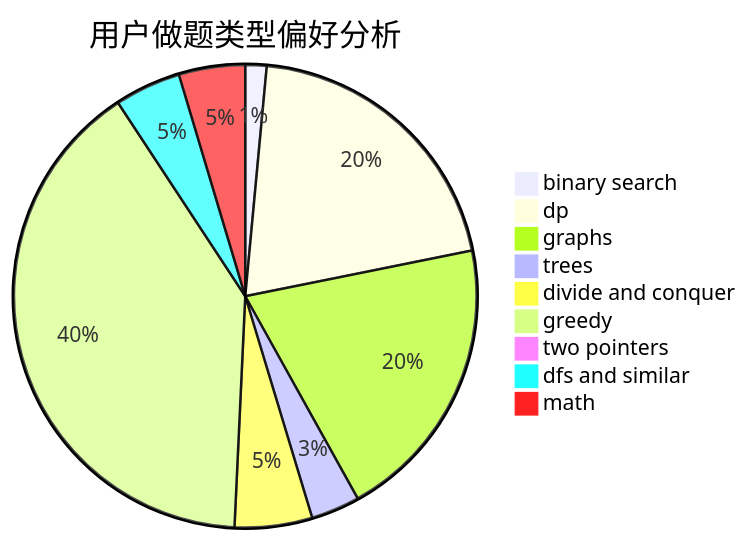
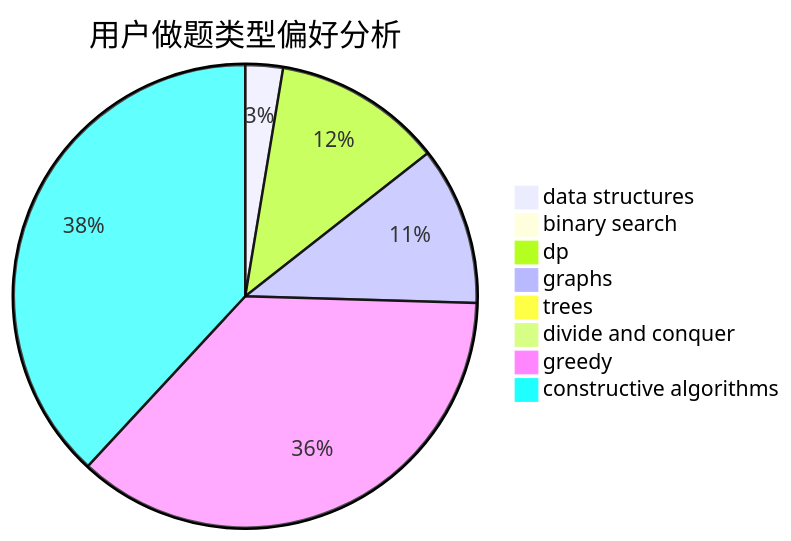
One commit to sherpahu/cfrs.github.io changed the second of 3 diagrams in docs/user/u2071.md. Above: the diagram before and after it, drawn with Mermaid. The commit also changed other lines of this file and 2775 other files, not shown here.

````diff
--- a/docs/user/u2071.md
+++ b/docs/user/u2071.md
@@ -23,12 +23,11 @@
 ```mermaid
 pie title 用户做题类型偏好分析
-    "binary search" :  17
-    "dp" :  233
-    "graphs" :  230
-    "trees" :  39
-    "divide and conquer" :  62
-    "greedy" :  458
-    "two pointers" :  0
-    "dfs and similar" :  53
-    "math" :  53
+    "data structures" :  28
+    "binary search" :  0
+    "dp" :  126
+    "graphs" :  118
+    "trees" :  7
+    "divide and conquer" :  0
+    "greedy" :  389
+    "constructive algorithms" :  407
 ```
````
